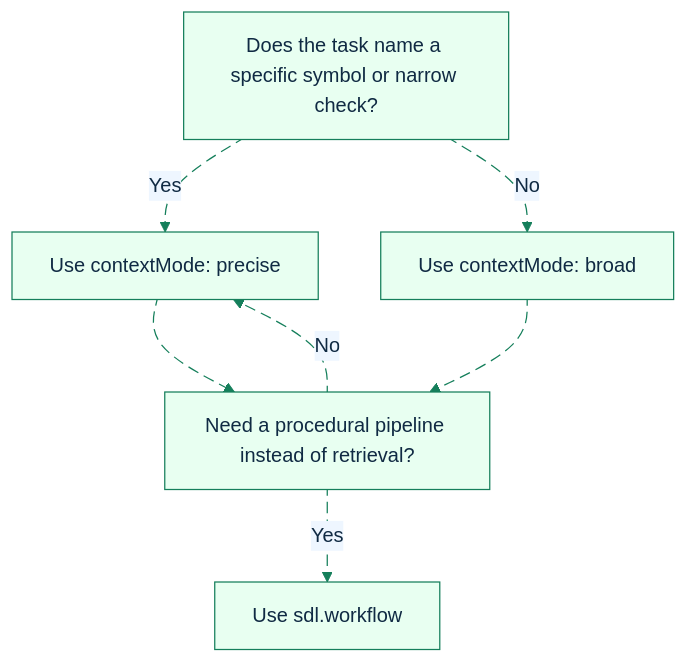
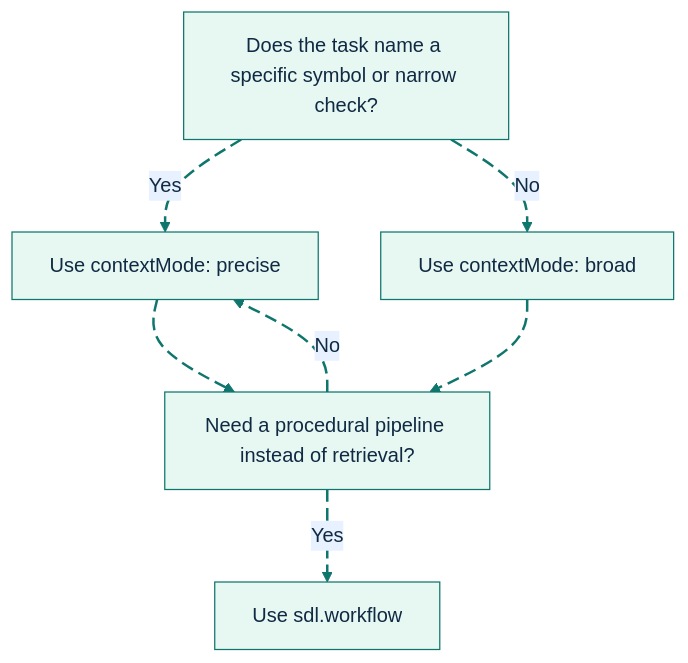
One commit to GlitterKill/sdl-mcp changed the diagram in docs/feature-deep-dives/context-modes.md. Above: the diagram before and after it, drawn with Mermaid. The commit also changed 33 other files, not shown here.

First line of the commit message:
docs: update mermaid diagram themes and styling across documentation

````diff
--- a/docs/feature-deep-dives/context-modes.md
+++ b/docs/feature-deep-dives/context-modes.md
@@ -183,19 +183,25 @@
 ```mermaid
-%%{init: {"theme":"base","themeVariables":{"primaryColor":"#e8fff1","primaryBorderColor":"#157f5b","primaryTextColor":"#102a43","secondaryColor":"#eef6ff","secondaryBorderColor":"#2563eb","tertiaryColor":"#fff4d6","tertiaryBorderColor":"#b45309","lineColor":"#157f5b","fontFamily":"Trebuchet MS, Arial"},"flowchart":{"curve":"basis"}}}%%
+%%{init: {"theme":"base","themeVariables":{"background":"#ffffff","primaryColor":"#E7F8F2","primaryBorderColor":"#0F766E","primaryTextColor":"#102A43","secondaryColor":"#E8F1FF","secondaryBorderColor":"#2563EB","secondaryTextColor":"#102A43","tertiaryColor":"#FFF4D6","tertiaryBorderColor":"#B45309","tertiaryTextColor":"#102A43","lineColor":"#0F766E","textColor":"#102A43","fontFamily":"Inter, ui-sans-serif, system-ui, -apple-system, BlinkMacSystemFont, Segoe UI, sans-serif"},"flowchart":{"curve":"basis","htmlLabels":true}}}%%
 flowchart TD
     Q["Does the task name a specific symbol or narrow check?"]
     P["Use contextMode: precise"]
     B["Use contextMode: broad"]
     W["Need a procedural pipeline instead of retrieval?"]
     WF["Use sdl.workflow"]
 
     Q e1@-->|Yes| P
     Q e2@-->|No| B
     P e3@--> W
     B e4@--> W
     W e5@-->|No| P
     W e6@-->|Yes| WF
 
-    classDef animate stroke-dasharray: 9\,5,stroke-dashoffset: 900,animation: dash 25s linear infinite;
-    class e1,e2,e3,e4,e5,e6 animate
+    classDef source fill:#E7F8F2,stroke:#0F766E,stroke-width:2px,color:#102A43;
+    classDef process fill:#E8F1FF,stroke:#2563EB,stroke-width:2px,color:#102A43;
+    classDef decision fill:#FFF4D6,stroke:#B45309,stroke-width:2px,color:#102A43;
+    classDef storage fill:#F2E8FF,stroke:#7C3AED,stroke-width:2px,color:#102A43;
+    classDef output fill:#FFE8EF,stroke:#BE123C,stroke-width:2px,color:#102A43;
+    classDef muted fill:#F8FAFC,stroke:#64748B,stroke-width:1px,color:#102A43;
+    classDef animate stroke:#0F766E,stroke-width:2px,stroke-dasharray:10\,5,stroke-dashoffset:900,animation:dash 22s linear infinite;
+    class e1,e2,e3,e4,e5,e6 animate;
 ```
````
